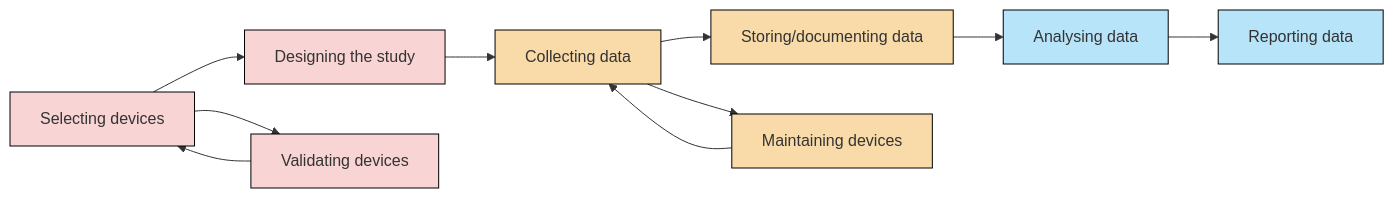
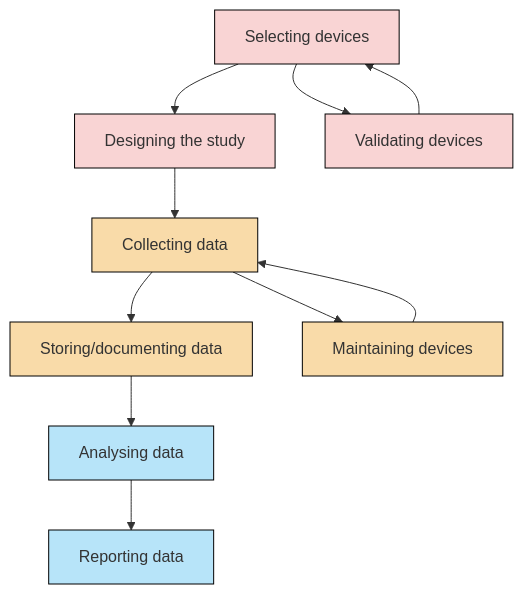
One commit to RDA-WG-VisualExperienceData/ResearcherGuide changed the diagram in index.qmd. Above: the diagram before and after it, drawn with Mermaid.

````diff
--- a/index.qmd
+++ b/index.qmd
@@ -38,34 +38,34 @@
 ```{mermaid}
-flowchart LR
+flowchart TD
     A[Selecting devices] --> B[Designing the study]
     B --> C[Collecting data]
     C --> D[Storing/documenting data]
     D --> E[Analysing data]
     E --> F[Reporting data]
 
     A --> G[Validating devices]
     G --> A
 
     C --> H[Maintaining devices]
     H --> C
 
     style A fill:#f9d4d4,stroke:#000
     style B fill:#f9d4d4,stroke:#000
     style G fill:#f9d4d4,stroke:#000
 
     style C fill:#f9dba9,stroke:#000
     style H fill:#f9dba9,stroke:#000
     style D fill:#f9dba9,stroke:#000
 
     style E fill:#b7e4f9,stroke:#000
     style F fill:#b7e4f9,stroke:#000
 
     click A "license.html" _self
     click B "license.html" _self
     click C "license.html" _self
     click D "license.html" _self
     click E "license.html" _self
     click F "license.html" _self
     click G "license.html" _self
     click H "license.html" _self
 ```
````
